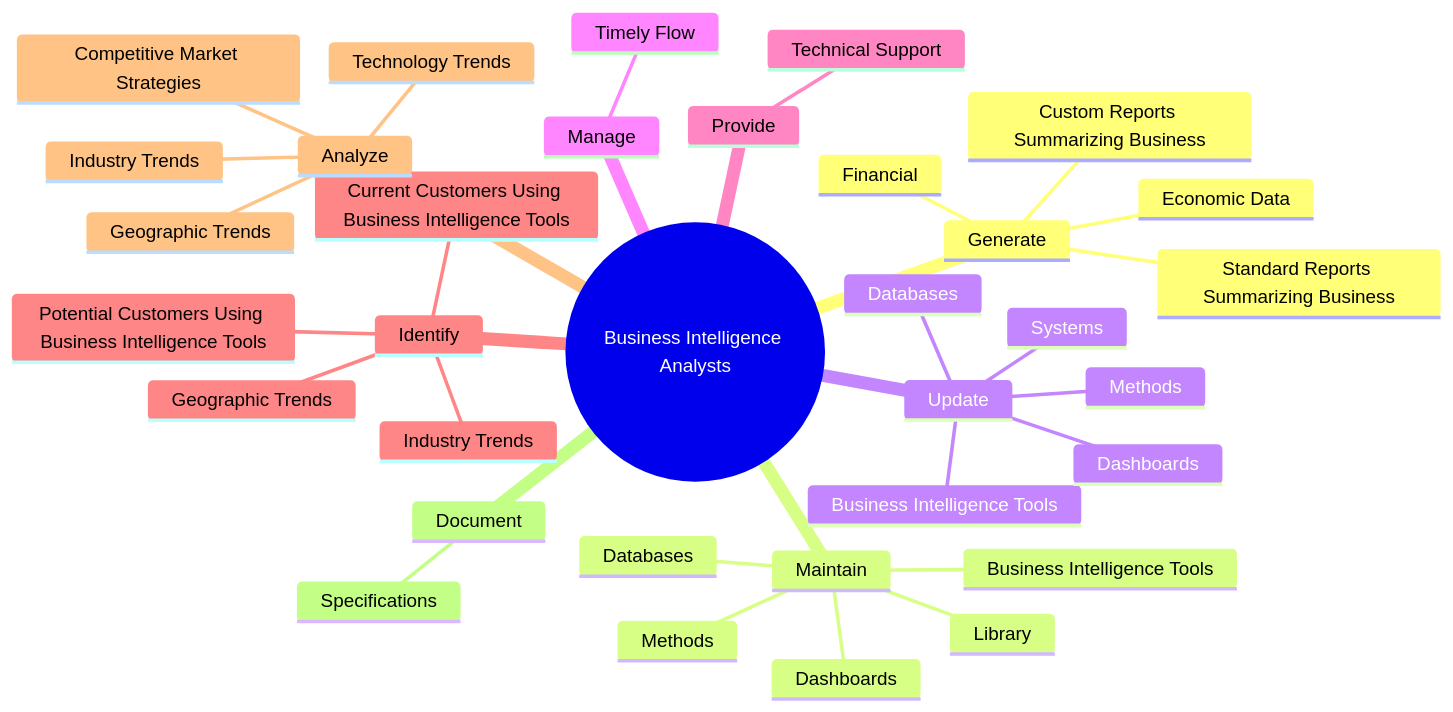
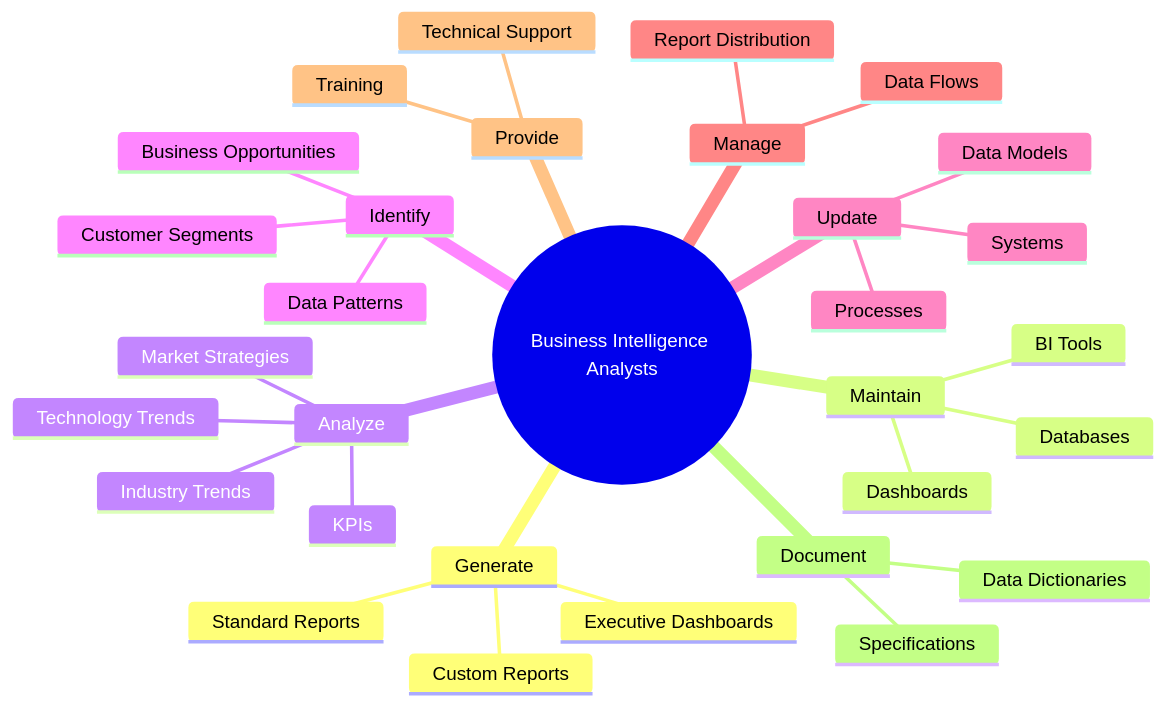
One commit to kziemski/business.org.ai changed the second of 4 diagrams in occupations/Technology/BusinessIntelligenceAnalysts.mdx. Above: the diagram before and after it, drawn with Mermaid. The commit also changed other lines of this file and 938 other files, not shown here.

````diff
--- a/occupations/Technology/BusinessIntelligenceAnalysts.mdx
+++ b/occupations/Technology/BusinessIntelligenceAnalysts.mdx
@@ -38,37 +46,34 @@
 ```mermaid
 mindmap
     root(("Business Intelligence Analysts"))
         Generate
-            Standard Reports Summarizing Business
-            Custom Reports Summarizing Business
-            Financial
-            Economic Data
+            Standard Reports
+            Custom Reports
+            Executive Dashboards
         Maintain
-            Business Intelligence Tools
+            BI Tools
             Databases
             Dashboards
-            Methods
-            Library
+        Analyze
+            Industry Trends
+            Market Strategies
+            Technology Trends
+            KPIs
+        Identify
+            Data Patterns
+            Customer Segments
+            Business Opportunities
         Update
-            Business Intelligence Tools
-            Databases
-            Dashboards
             Systems
-            Methods
+            Data Models
+            Processes
         Manage
-            Timely Flow
+            Data Flows
+            Report Distribution
         Provide
             Technical Support
-        Identify
-            Industry Trends
-            Geographic Trends
-            Current Customers Using Business Intelligence Tools
-            Potential Customers Using Business Intelligence Tools
-        Analyze
-            Industry Trends
-            Geographic Trends
-            Competitive Market Strategies
-            Technology Trends
+            Training
         Document
             Specifications
+            Data Dictionaries
 ```
````
